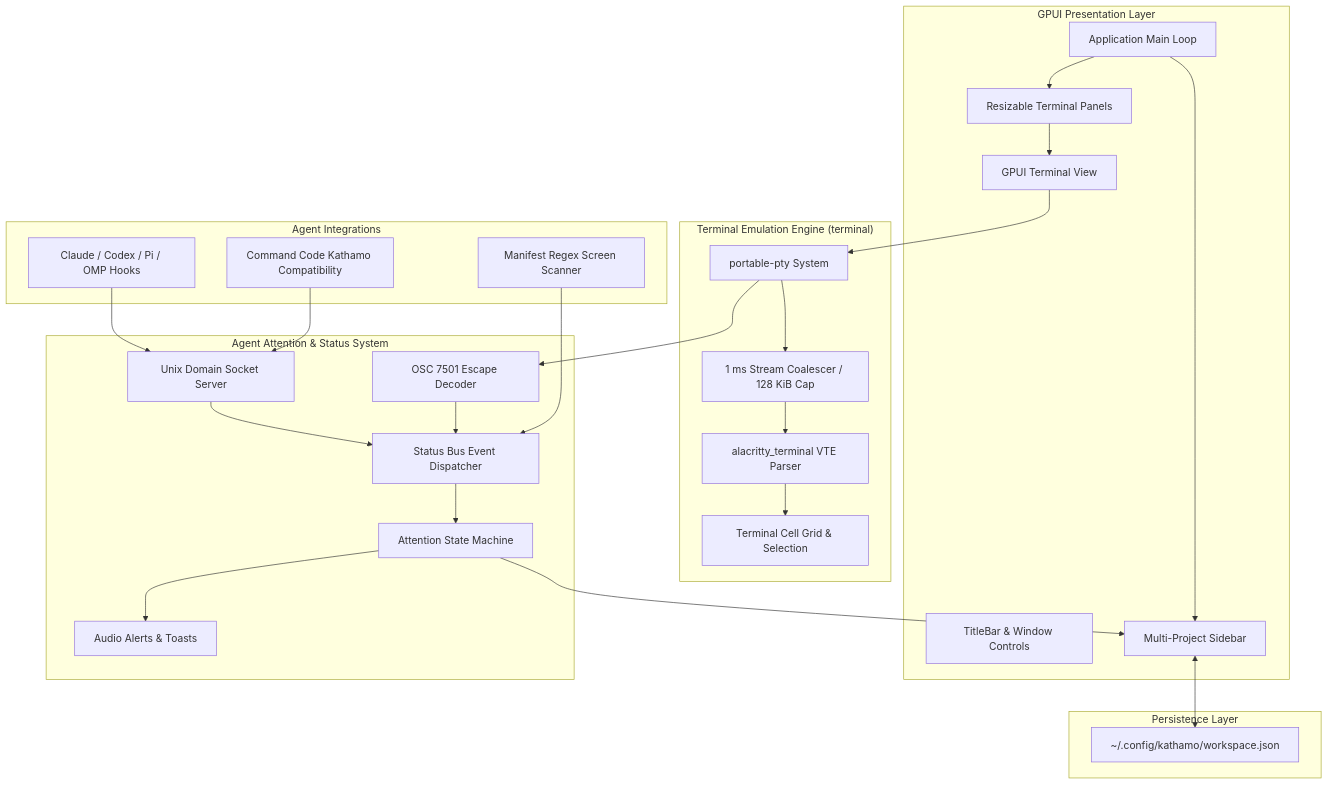
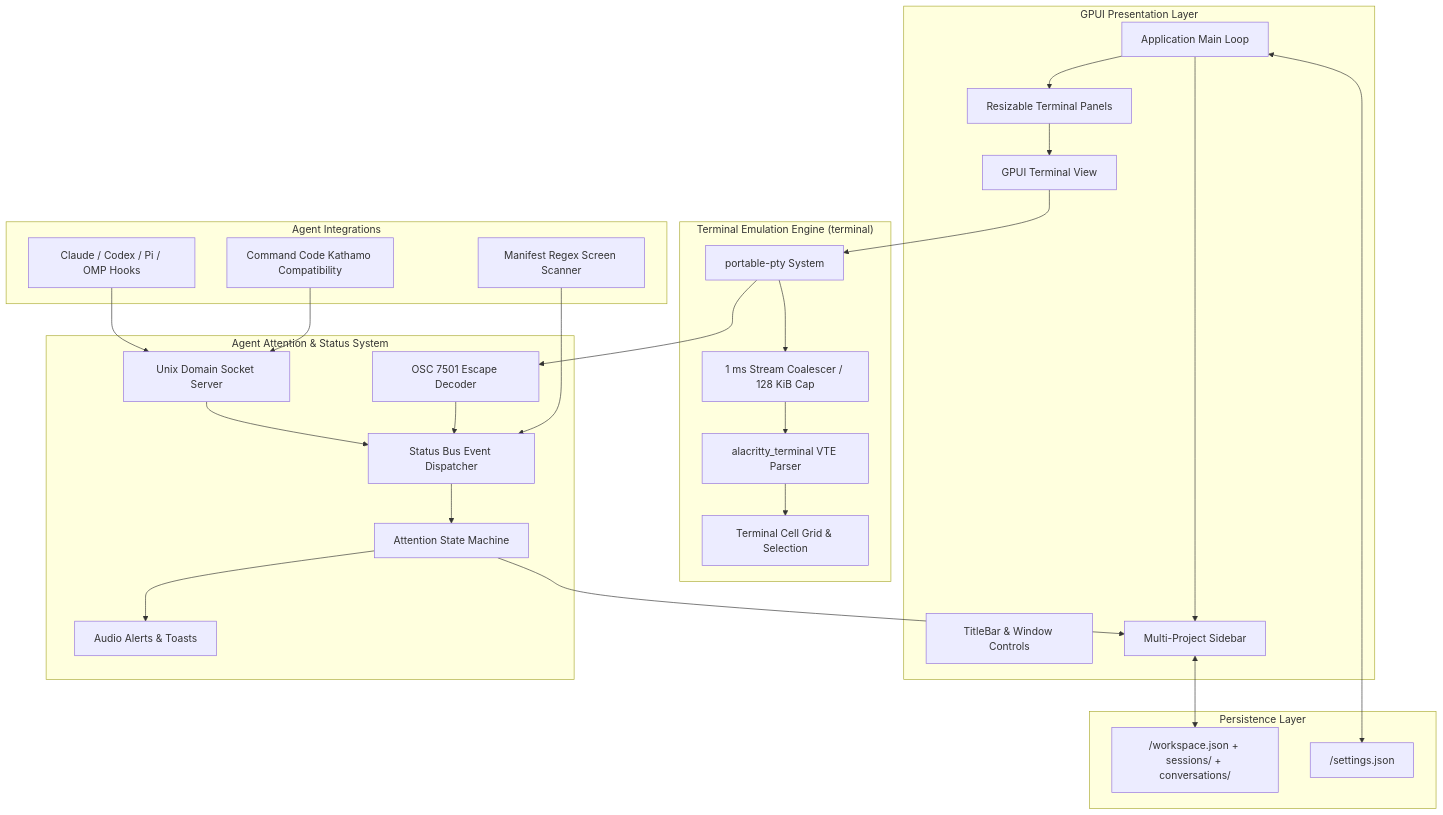
Before and after one commit to olovalabs/kathamo: the first of 2 diagrams in ARCHITECTURE.md, drawn with Mermaid. The commit also changed other lines of this file and 10 other files, not shown here.

First line of the commit message:
Persist full sessions and history with Zed-style app data

````diff
--- a/ARCHITECTURE.md
+++ b/ARCHITECTURE.md
@@ -14,54 +14,56 @@
 ```mermaid
 graph TD
     subgraph UI ["GPUI Presentation Layer"]
         App[Application Main Loop]
         TitleBar[TitleBar & Window Controls]
         Sidebar[Multi-Project Sidebar]
         Panels[Resizable Terminal Panels]
         TerminalView[GPUI Terminal View]
     end
 
     subgraph Terminal ["Terminal Emulation Engine (terminal)"]
         PTY[portable-pty System]
         Coalescer[1 ms Stream Coalescer / 128 KiB Cap]
         VTE[alacritty_terminal VTE Parser]
         Grid[Terminal Cell Grid & Selection]
     end
 
     subgraph Attention ["Agent Attention & Status System"]
         Socket[Unix Domain Socket Server]
         OSC[OSC 7501 Escape Decoder]
         Bus[Status Bus Event Dispatcher]
         StateEngine[Attention State Machine]
         Sound[Audio Alerts & Toasts]
     end
 
     subgraph Integrations ["Agent Integrations"]
         Hooks[Claude / Codex / Pi / OMP Hooks]
         KathamoCompat[Command Code Kathamo Compatibility]
         ScreenDetect[Manifest Regex Screen Scanner]
     end
 
     subgraph Persistence ["Persistence Layer"]
-        Disk[~/.config/kathamo/workspace.json]
+        Disk["<data>/workspace.json + sessions/ + conversations/"]
+        Settings["<config>/settings.json"]
     end
 
     App --> Sidebar
     App --> Panels
     Panels --> TerminalView
     TerminalView --> PTY
     PTY --> Coalescer
     Coalescer --> VTE
     VTE --> Grid
 
     Hooks --> Socket
     KathamoCompat --> Socket
     PTY --> OSC
     Socket --> Bus
     OSC --> Bus
     ScreenDetect --> Bus
     Bus --> StateEngine
     StateEngine --> Sound
     StateEngine --> Sidebar
     Sidebar <--> Disk
+    App <--> Settings
 ```
````
